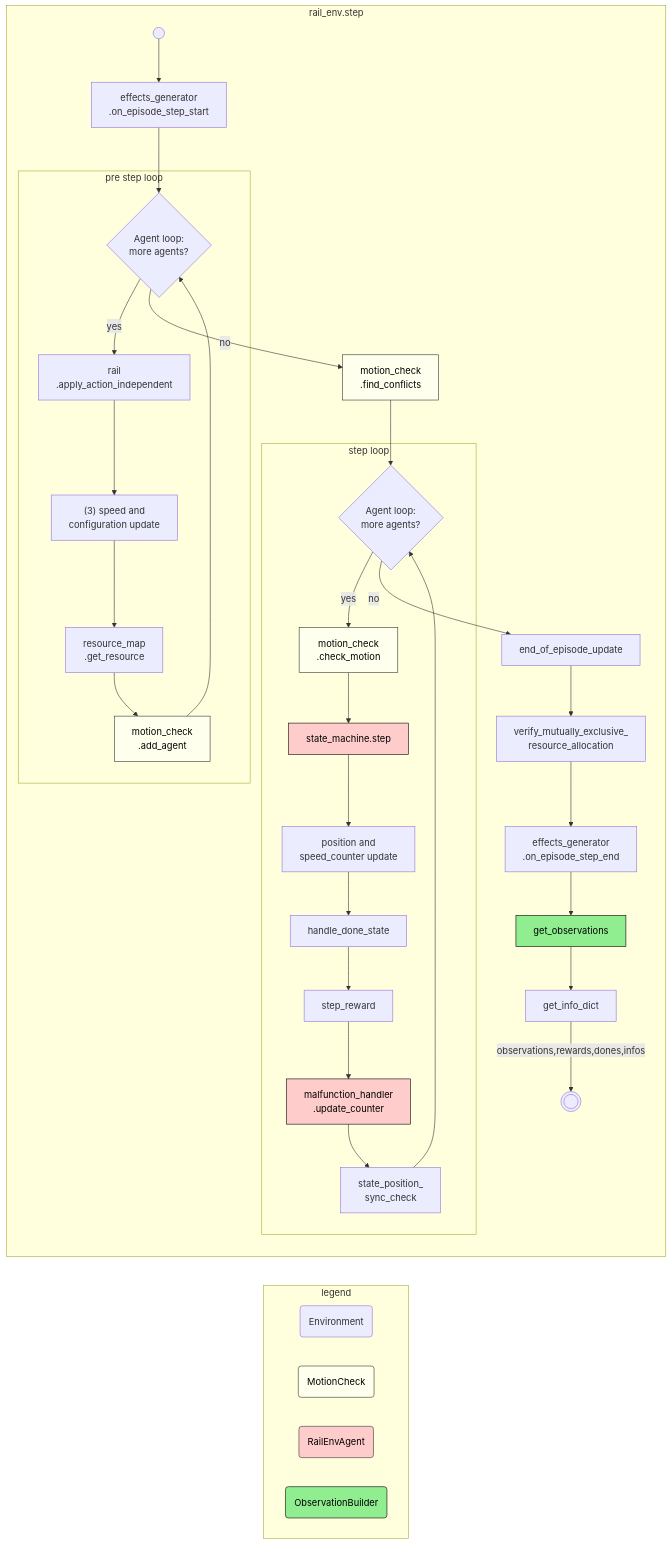
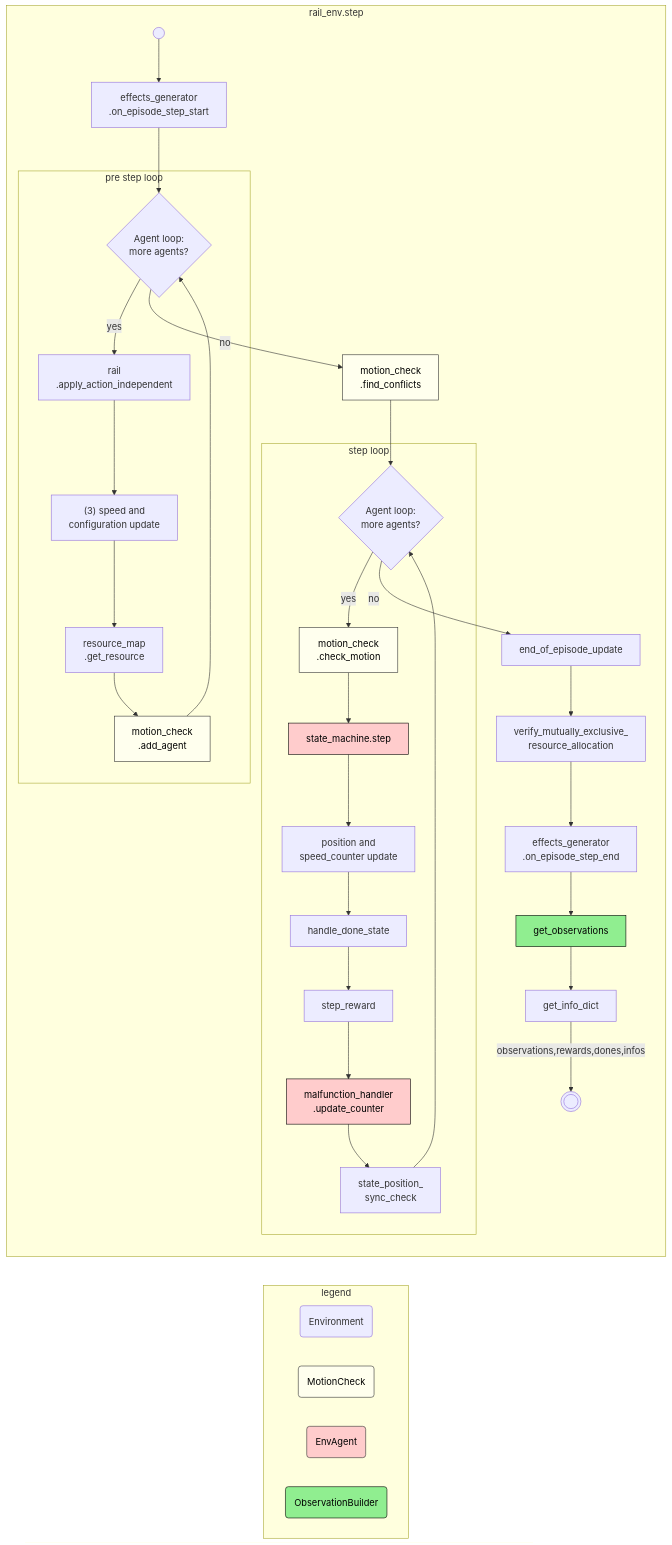
The fourth of 5 diagrams in key-concepts/key_concepts.md (flatland-association/flatland-book), drawn with Mermaid before and after one commit. The commit also changed other lines of this file, not shown here.

Commit message:
docs(key-concepts): label step/reset diagrams as flowcharts and use EnvAgent name.

````diff
--- a/key-concepts/key_concepts.md
+++ b/key-concepts/key_concepts.md
@@ -237,49 +237,49 @@
 ```mermaid
 flowchart TD
     subgraph rail_env.step
         direction TB
         start(("&nbsp;")) --> effects_generator.on_episode_step_start[effects_generator<br/>.on_episode_step_start]
         effects_generator.on_episode_step_start --> pre_step_loop
         subgraph pre_step_loop_ [pre step loop]
             pre_step_loop{Agent loop:<br/> more agents?} -->|yes| rail.apply_action_independent[rail<br/>.apply_action_independent]
             rail.apply_action_independent --> speed_and_configuration_update["(3) speed and<br/>configuration update"]
             speed_and_configuration_update --> resource_map.get_resource[resource_map<br/>.get_resource]
             resource_map.get_resource --> motion_check.add_agent[motion_check<br/>.add_agent]
             motion_check.add_agent --> pre_step_loop
         end
         pre_step_loop -->|no| motion_check.find_conflicts[motion_check<br/>.find_conflicts]
         motion_check.find_conflicts --> step_loop
         subgraph step_loop_ [step loop]
             step_loop{Agent loop:<br/> more agents?} -->|yes| motion_check.check_motion[motion_check<br/>.check_motion]
             motion_check.check_motion --> state_machine.step
             state_machine.step --> position_and_speed_counter_update["position and<br/>speed_counter update"]
             position_and_speed_counter_update --> handle_done_state
             handle_done_state --> step_reward
             step_reward --> malfunction_handler.update_counter[malfunction_handler<br/>.update_counter]
             malfunction_handler.update_counter --> state_position_sync_check[state_position_<br/>sync_check]
             state_position_sync_check --> step_loop
         end
         step_loop -->|no| end_of_episode_update
         end_of_episode_update --> verify_mutually_exclusive_resource_allocation[verify_mutually_exclusive_<br/>resource_allocation]
         verify_mutually_exclusive_resource_allocation --> effects_generator.on_episode_step_end[effects_generator<br/>.on_episode_step_end]
         effects_generator.on_episode_step_end --> get_observations
         get_observations --> get_info_dict
         get_info_dict -->|observations,rewards,dones,infos| end_((("&nbsp;")))
     end
     subgraph legend
         Environment(Environment)
         MotionCheck(MotionCheck)
-        RailEnvAgent(RailEnvAgent)
+        EnvAgent(EnvAgent)
         ObservationBuilder(ObservationBuilder)
     end
     style MotionCheck fill: #ffe, stroke: #333, stroke-width: 1px, color: black
     style motion_check.check_motion fill: #ffe, stroke: #333, stroke-width: 1px, color: black
     style motion_check.find_conflicts fill: #ffe, stroke: #333, stroke-width: 1px, color: black
     style motion_check.add_agent fill: #ffe, stroke: #333, stroke-width: 1px, color: black
-    style RailEnvAgent fill: #fcc, stroke: #333, stroke-width: 1px, color: black
+    style EnvAgent fill: #fcc, stroke: #333, stroke-width: 1px, color: black
     style state_machine.step fill: #fcc, stroke: #000, stroke-width: 1px, color: black
     style malfunction_handler.update_counter fill: #fcc, stroke: #000, stroke-width: 1px, color: black
     style ObservationBuilder fill: #90ee90, stroke: #000, stroke-width: 1px, color: black
     style get_observations fill: #90ee90, stroke: #000, stroke-width: 1px, color: black
     rail_env.step ~~~ legend
 ```
````
